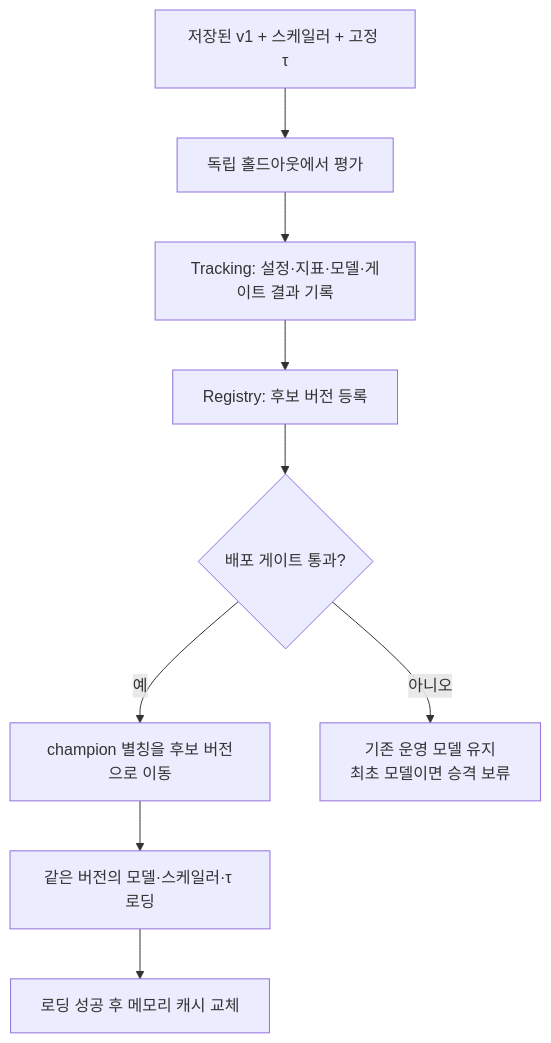
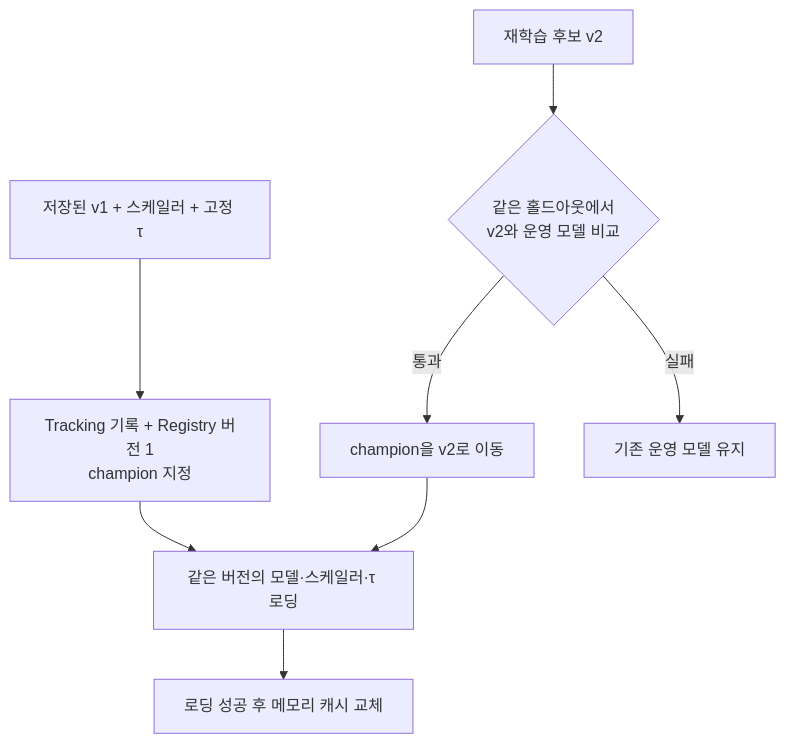
The diagram in docs/4단계-MLflow와-배포게이트.md (dodohy25n/ops), drawn with Mermaid before and after one commit. The commit also changed other lines of this file and 8 other files, not shown here.

````diff
--- a/docs/4단계-MLflow와-배포게이트.md
+++ b/docs/4단계-MLflow와-배포게이트.md
@@ -11,11 +11,10 @@
 ```mermaid
 flowchart TD
-    local["저장된 v1 + 스케일러 + 고정 τ"] --> eval["독립 홀드아웃에서 평가"]
-    eval --> tracking["Tracking: 설정·지표·모델·게이트 결과 기록"]
-    tracking --> registry["Registry: 후보 버전 등록"]
-    registry --> gate{"배포 게이트 통과?"}
-    gate -->|예| champion["champion 별칭을 후보 버전으로 이동"]
-    gate -->|아니오| keep["기존 운영 모델 유지<br/>최초 모델이면 승격 보류"]
-    champion --> load["같은 버전의 모델·스케일러·τ 로딩"]
+    v1["저장된 v1 + 스케일러 + 고정 τ"] --> base["Tracking 기록 + Registry 버전 1<br/>champion 지정"]
+    base --> load["같은 버전의 모델·스케일러·τ 로딩"]
+    retrain["재학습 후보 v2"] --> gate{"같은 홀드아웃에서<br/>v2와 운영 모델 비교"}
+    gate -->|통과| move["champion을 v2로 이동"]
+    gate -->|실패| keep["기존 운영 모델 유지"]
+    move --> load
     load --> cache["로딩 성공 후 메모리 캐시 교체"]
 ```
````
